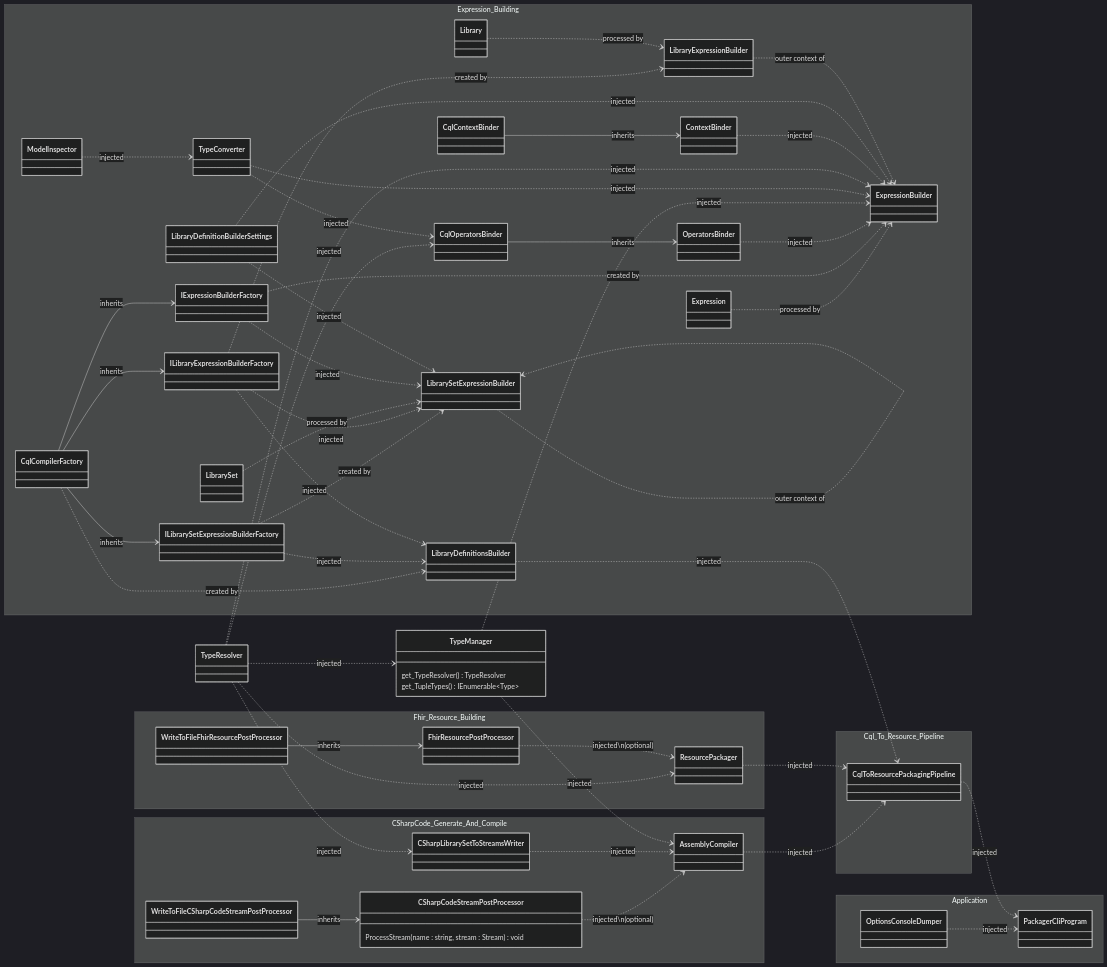
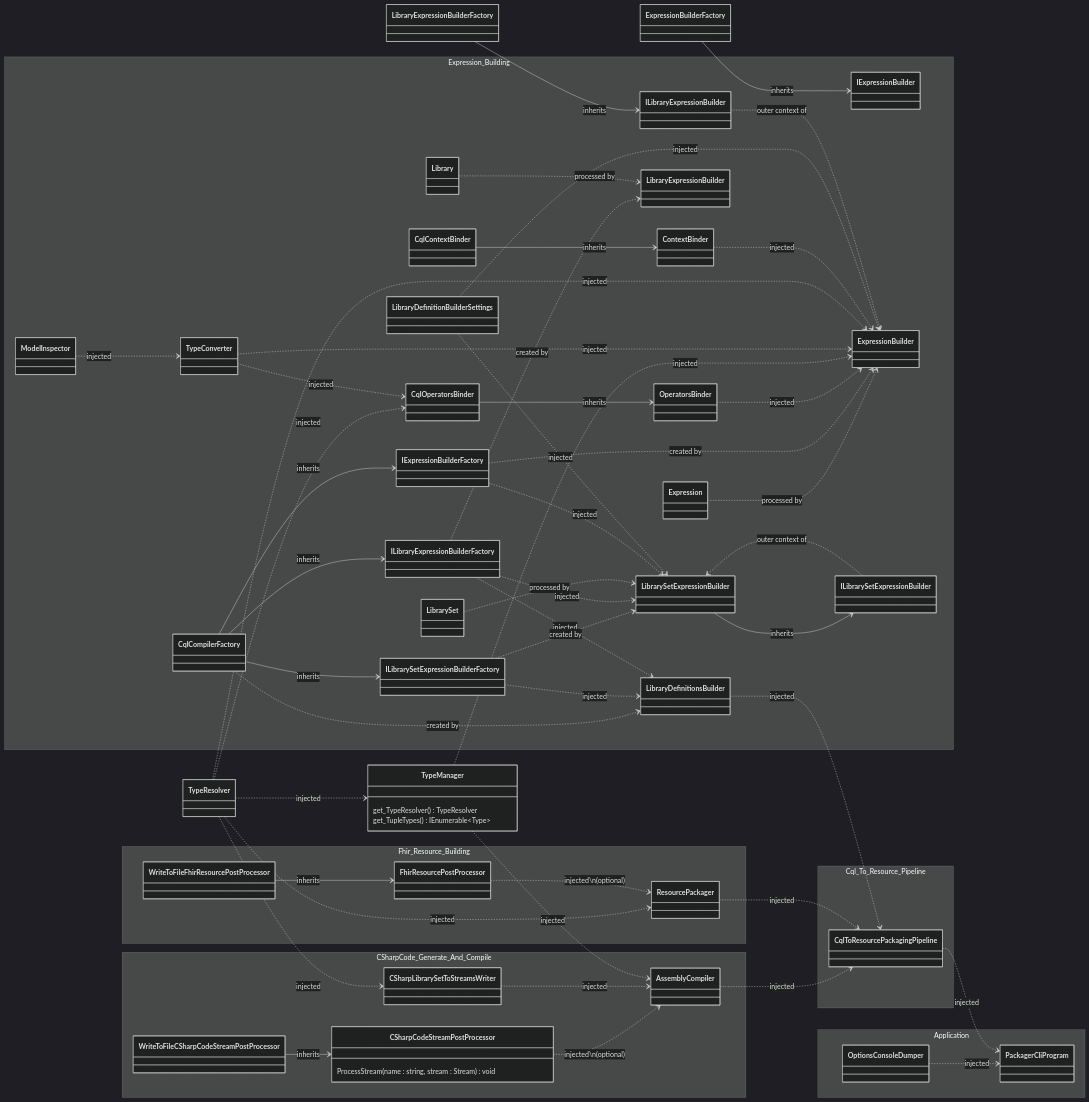
Before and after one commit to FirelyTeam/firely-cql-sdk: the diagram in docs/packager-cli-dependency-graph.md, drawn with Mermaid (dark theme). The commit also changed 11 other files, not shown here.

```diff
--- a/docs/packager-cli-dependency-graph.md
+++ b/docs/packager-cli-dependency-graph.md
@@ -40,16 +40,25 @@
         class IExpressionBuilderFactory {
         }
 
+        class IExpressionBuilder{
+        }
+
         class ExpressionBuilder{
         }
 
         class ILibraryExpressionBuilderFactory {
         }
 
+        class ILibraryExpressionBuilder{
+        }
+
         class LibraryExpressionBuilder{
         }
 
         class ILibrarySetExpressionBuilderFactory {
+        }
+
+        class ILibrarySetExpressionBuilder{
         }
 
         class LibrarySetExpressionBuilder{
@@ -123,6 +132,9 @@
     CqlCompilerFactory --> ILibrarySetExpressionBuilderFactory : inherits
     CqlCompilerFactory --> ILibraryExpressionBuilderFactory : inherits
     CqlCompilerFactory --> IExpressionBuilderFactory : inherits
+    LibrarySetExpressionBuilder --> ILibrarySetExpressionBuilder : inherits
+    LibraryExpressionBuilderFactory --> ILibraryExpressionBuilder : inherits
+    ExpressionBuilderFactory --> IExpressionBuilder : inherits
    
     CqlOperatorsBinder --> OperatorsBinder : inherits
     CqlContextBinder --> ContextBinder : inherits
@@ -149,7 +161,7 @@
     IExpressionBuilderFactory ..> LibrarySetExpressionBuilder : injected
     LibraryDefinitionBuilderSettings ..> LibrarySetExpressionBuilder : injected
     Library ..> LibraryExpressionBuilder : processed by
-    LibrarySetExpressionBuilder ..> LibrarySetExpressionBuilder : outer context of
+    ILibrarySetExpressionBuilder ..> LibrarySetExpressionBuilder : outer context of
 
     IExpressionBuilderFactory ..> ExpressionBuilder : created by
     OperatorsBinder ..> ExpressionBuilder : injected
@@ -158,7 +170,7 @@
     TypeResolver ..> ExpressionBuilder : injected
     ContextBinder ..> ExpressionBuilder : injected
     LibraryDefinitionBuilderSettings ..> ExpressionBuilder : injected
-    LibraryExpressionBuilder ..> ExpressionBuilder : outer context of
+    ILibraryExpressionBuilder ..> ExpressionBuilder : outer context of
 
     AssemblyCompiler ..> CqlToResourcePackagingPipeline : injected
     LibraryDefinitionsBuilder ..> CqlToResourcePackagingPipeline : injected
```
